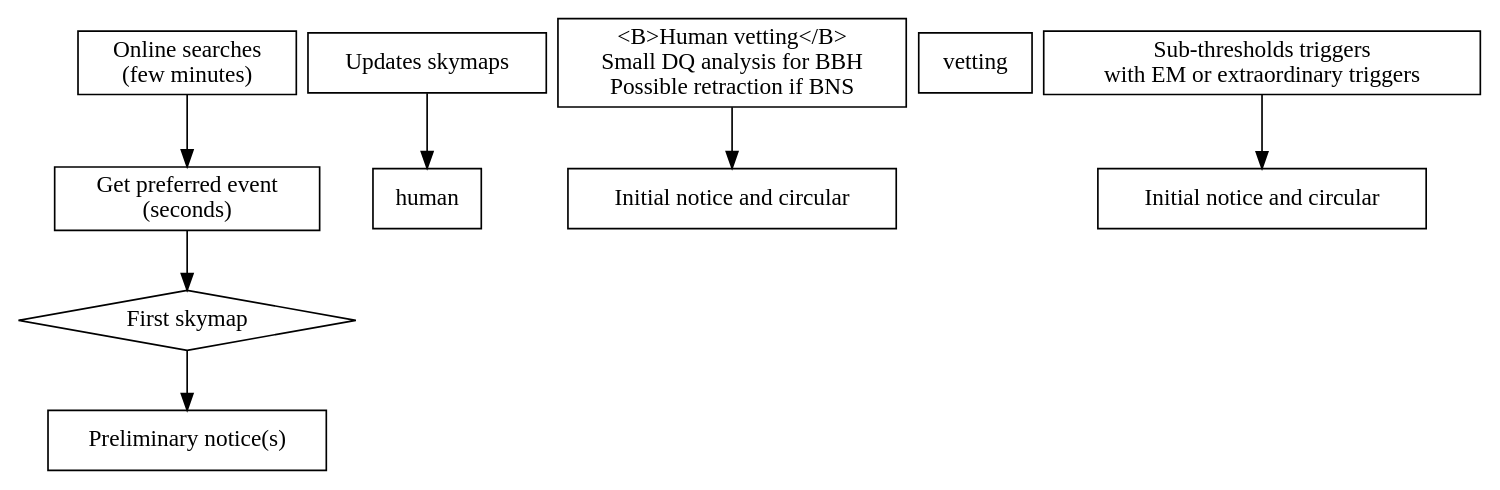
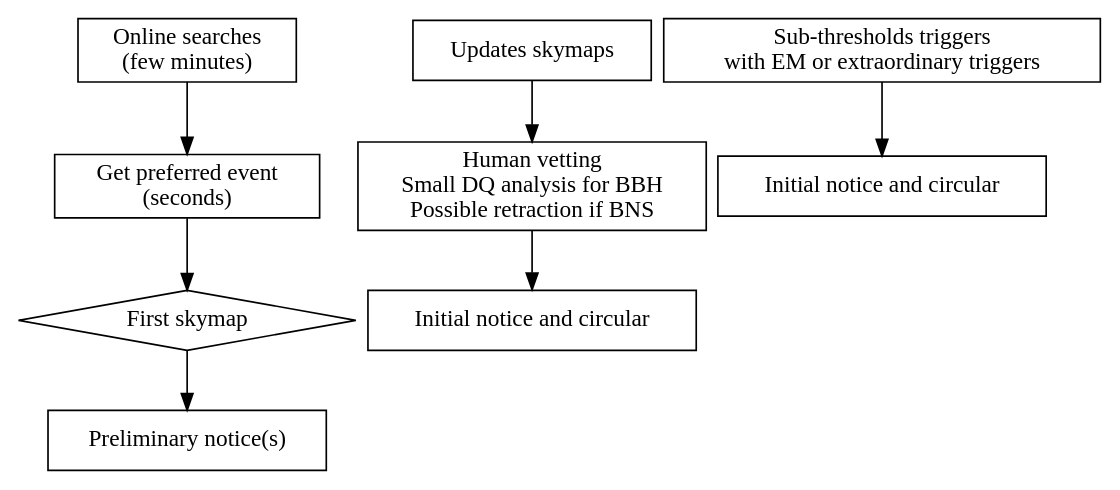
One commit to lpsinger/userguide changed the diagram in procedures/index.rst. Above: the diagram before and after it, drawn with Graphviz.

Commit message:
More digraph fixes

```diff
--- a/procedures/index.rst
+++ b/procedures/index.rst
@@ -64,76 +64,76 @@
 .. digraph:: flowchart
 
     compound = true
     nodesep = 0.1
     ranksep = 0.5
 
     node [
         fillcolor = white
         shape = box
         style = filled
         target = "_top"
     ]
 
     graph [
         labeljust = "left"
         style = filled
         target = "_top"
     ]
 
     subgraph minutes {
         label = <<B><FONT face="Within minutes">handle</FONT></B>>
 
         online_searches [
             label = "Online searches\n(few minutes)"
         ]
 
         preferred_event [
             label = "Get preferred event\n(seconds)"
         ]
 
         first_skymap [
             label = "First skymap"
             shape = diamond
         ]
 
         preliminary_notice [
             label = "Preliminary notice(s)"
         ]
 
         online_searches -> preferred_event;
         preferred_event -> first_skymap;
         first_skymap -> preliminary_notice;
     }
 
     subgraph hours {
         label = <<B><FONT face="Within four hours">handle</FONT></B>>
 
         updates_skymaps [
             label = "Updates skymaps"
         ]
 
         human_vetting [
-            label = "<B>Human vetting</B>\nSmall DQ analysis for BBH\nPossible retraction if BNS"
+            label = "Human vetting\nSmall DQ analysis for BBH\nPossible retraction if BNS"
         ]
 
         initial_1 [
             label = "Initial notice and circular"
         ]
 
-        updates_skymaps -> human vetting;
+        updates_skymaps -> human_vetting;
         human_vetting -> initial_1;
     }
 
     subgraph day {
         label = <<B><FONT face="Within one day">handle</FONT></B>>
 
         sub_thres [
             label = "Sub-thresholds triggers\nwith EM or extraordinary triggers"
         ]
 
         initial_2 [
             label = "Initial notice and circular"
         ]
 
         sub_thres -> initial_2;
     }
```
